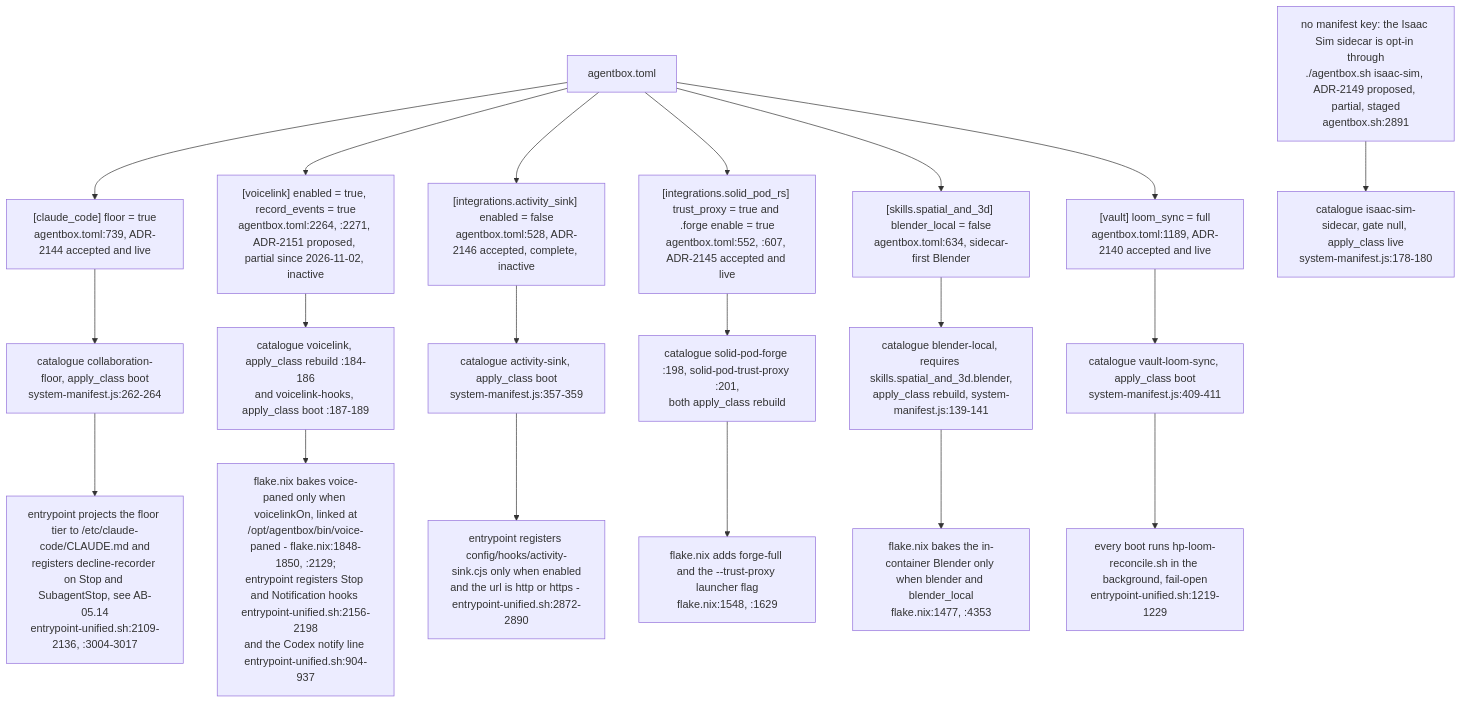
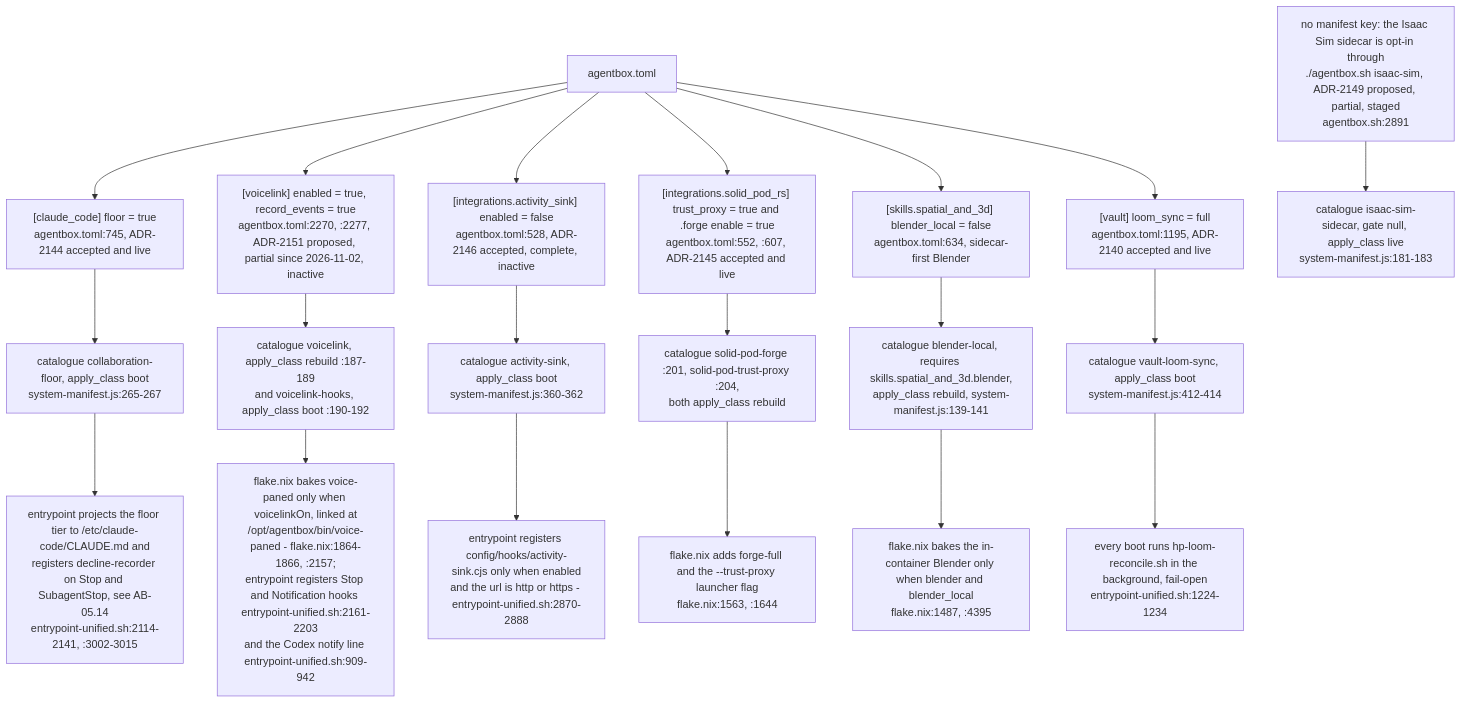
One commit to DreamLab-AI/VisionFlow changed diagram 16 of 16 in docs/diagrams/agentbox/05-manifest-gates-and-cli.md. Above: the diagram before and after it, drawn with Mermaid. The commit also changed other lines of this file and 36 other files, not shown here.

First line of the commit message:
docs(diagrams): re-derive and re-stamp agentbox, dream-engine, visioncraft, visiontouch and vowl topics; drop LAN addresses

````diff
--- a/docs/diagrams/agentbox/05-manifest-gates-and-cli.md
+++ b/docs/diagrams/agentbox/05-manifest-gates-and-cli.md
@@ -587,26 +587,26 @@
 ```mermaid
 flowchart TB
     TOML["agentbox.toml"]
-    TOML --> G1["[claude_code] floor = true<br/>agentbox.toml:739, ADR-2144 accepted and live"]
-    TOML --> G2["[voicelink] enabled = true, record_events = true<br/>agentbox.toml:2264, :2271, ADR-2151 proposed, partial since 2026-11-02, inactive"]
+    TOML --> G1["[claude_code] floor = true<br/>agentbox.toml:745, ADR-2144 accepted and live"]
+    TOML --> G2["[voicelink] enabled = true, record_events = true<br/>agentbox.toml:2270, :2277, ADR-2151 proposed, partial since 2026-11-02, inactive"]
     TOML --> G3["[integrations.activity_sink] enabled = false<br/>agentbox.toml:528, ADR-2146 accepted, complete, inactive"]
     TOML --> G4["[integrations.solid_pod_rs] trust_proxy = true and .forge enable = true<br/>agentbox.toml:552, :607, ADR-2145 accepted and live"]
     TOML --> G5["[skills.spatial_and_3d] blender_local = false<br/>agentbox.toml:634, sidecar-first Blender"]
-    TOML --> G6["[vault] loom_sync = full<br/>agentbox.toml:1189, ADR-2140 accepted and live"]
+    TOML --> G6["[vault] loom_sync = full<br/>agentbox.toml:1195, ADR-2140 accepted and live"]
     NOKEY["no manifest key: the Isaac Sim sidecar is opt-in through<br/>./agentbox.sh isaac-sim, ADR-2149 proposed, partial, staged<br/>agentbox.sh:2891"]
 
-    G1 --> C1["catalogue collaboration-floor, apply_class boot<br/>system-manifest.js:262-264"]
-    G2 --> C2["catalogue voicelink, apply_class rebuild :184-186<br/>and voicelink-hooks, apply_class boot :187-189"]
-    G3 --> C3["catalogue activity-sink, apply_class boot<br/>system-manifest.js:357-359"]
-    G4 --> C4["catalogue solid-pod-forge :198, solid-pod-trust-proxy :201,<br/>both apply_class rebuild"]
+    G1 --> C1["catalogue collaboration-floor, apply_class boot<br/>system-manifest.js:265-267"]
+    G2 --> C2["catalogue voicelink, apply_class rebuild :187-189<br/>and voicelink-hooks, apply_class boot :190-192"]
+    G3 --> C3["catalogue activity-sink, apply_class boot<br/>system-manifest.js:360-362"]
+    G4 --> C4["catalogue solid-pod-forge :201, solid-pod-trust-proxy :204,<br/>both apply_class rebuild"]
     G5 --> C5["catalogue blender-local, requires skills.spatial_and_3d.blender,<br/>apply_class rebuild, system-manifest.js:139-141"]
-    G6 --> C6["catalogue vault-loom-sync, apply_class boot<br/>system-manifest.js:409-411"]
-    NOKEY --> C7["catalogue isaac-sim-sidecar, gate null, apply_class live<br/>system-manifest.js:178-180"]
+    G6 --> C6["catalogue vault-loom-sync, apply_class boot<br/>system-manifest.js:412-414"]
+    NOKEY --> C7["catalogue isaac-sim-sidecar, gate null, apply_class live<br/>system-manifest.js:181-183"]
 
-    C1 --> B1["entrypoint projects the floor tier to /etc/claude-code/CLAUDE.md and<br/>registers decline-recorder on Stop and SubagentStop, see AB-05.14<br/>entrypoint-unified.sh:2109-2136, :3004-3017"]
-    C2 --> B2["flake.nix bakes voice-paned only when voicelinkOn, linked at<br/>/opt/agentbox/bin/voice-paned - flake.nix:1848-1850, :2129;<br/>entrypoint registers Stop and Notification hooks entrypoint-unified.sh:2156-2198<br/>and the Codex notify line entrypoint-unified.sh:904-937"]
-    C3 --> B3["entrypoint registers config/hooks/activity-sink.cjs only when enabled<br/>and the url is http or https - entrypoint-unified.sh:2872-2890"]
-    C4 --> B4["flake.nix adds forge-full and the --trust-proxy launcher flag<br/>flake.nix:1548, :1629"]
-    C5 --> B5["flake.nix bakes the in-container Blender only when blender and blender_local<br/>flake.nix:1477, :4353"]
-    C6 --> B6["every boot runs hp-loom-reconcile.sh in the background, fail-open<br/>entrypoint-unified.sh:1219-1229"]
+    C1 --> B1["entrypoint projects the floor tier to /etc/claude-code/CLAUDE.md and<br/>registers decline-recorder on Stop and SubagentStop, see AB-05.14<br/>entrypoint-unified.sh:2114-2141, :3002-3015"]
+    C2 --> B2["flake.nix bakes voice-paned only when voicelinkOn, linked at<br/>/opt/agentbox/bin/voice-paned - flake.nix:1864-1866, :2157;<br/>entrypoint registers Stop and Notification hooks entrypoint-unified.sh:2161-2203<br/>and the Codex notify line entrypoint-unified.sh:909-942"]
+    C3 --> B3["entrypoint registers config/hooks/activity-sink.cjs only when enabled<br/>and the url is http or https - entrypoint-unified.sh:2870-2888"]
+    C4 --> B4["flake.nix adds forge-full and the --trust-proxy launcher flag<br/>flake.nix:1563, :1644"]
+    C5 --> B5["flake.nix bakes the in-container Blender only when blender and blender_local<br/>flake.nix:1487, :4395"]
+    C6 --> B6["every boot runs hp-loom-reconcile.sh in the background, fail-open<br/>entrypoint-unified.sh:1224-1234"]
 ```
````
